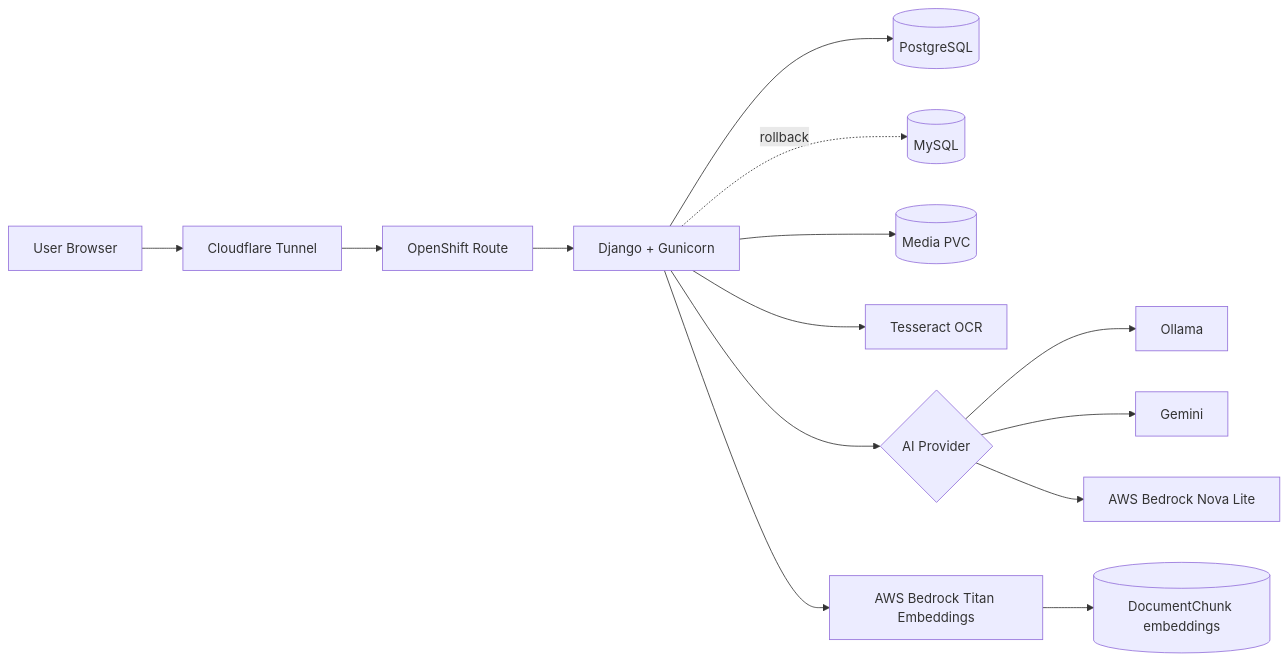
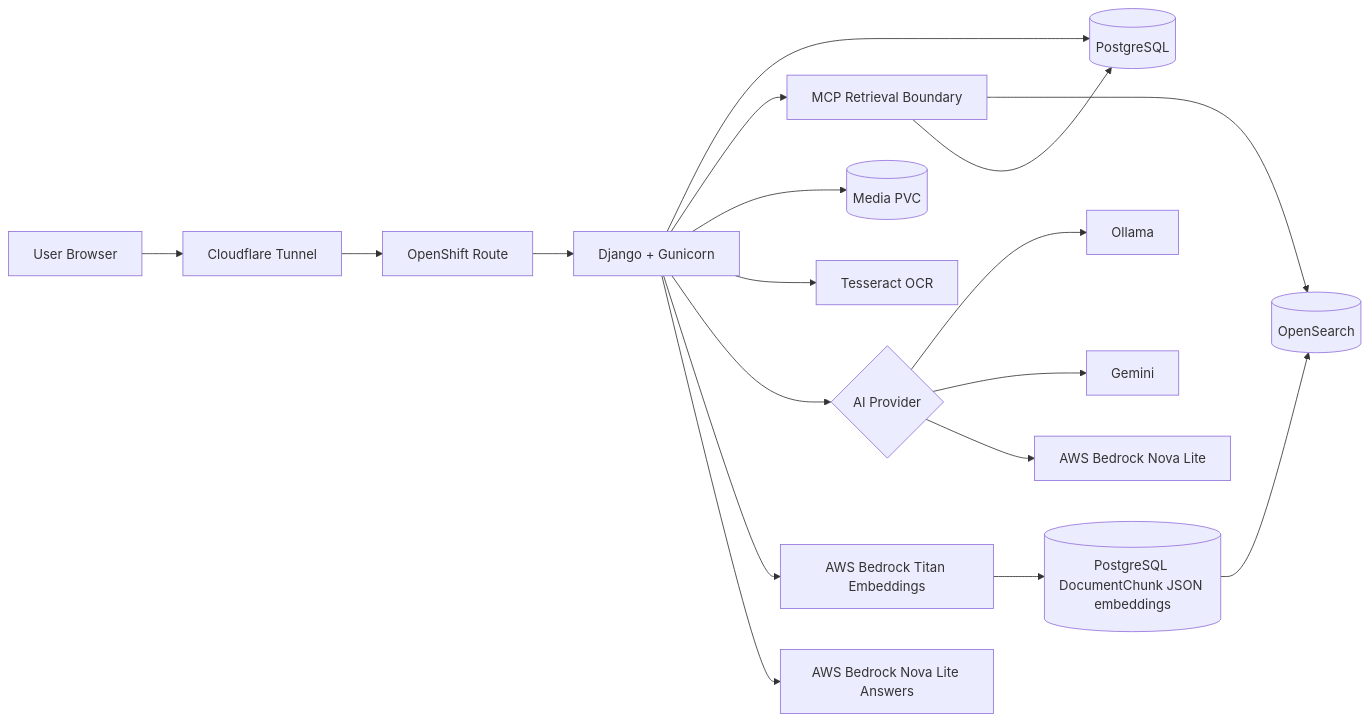
One commit to khaliqueaws-creator/document-management changed the diagram in README.md. Above: the diagram before and after it, drawn with Mermaid. The commit also changed other lines of this file and 70 other files, not shown here.

First line of the commit message:
Add MCP retrieval observability

````diff
--- a/README.md
+++ b/README.md
@@ -23,20 +24,24 @@
 ```mermaid
 flowchart LR
     Browser[User Browser] --> Cloudflare[Cloudflare Tunnel]
     Cloudflare --> OpenShift[OpenShift Route]
     OpenShift --> Django[Django + Gunicorn]
 
     Django --> PostgreSQL[(PostgreSQL)]
-    Django -. rollback .-> MySQL[(MySQL)]
+    Django --> MCP[MCP Retrieval Boundary]
+    MCP --> OpenSearch[(OpenSearch)]
+    MCP --> PostgreSQL
     Django --> Storage[(Media PVC)]
 
     Django --> OCR[Tesseract OCR]
 
     Django --> AI{AI Provider}
     AI --> Ollama[Ollama]
     AI --> Gemini[Gemini]
     AI --> Bedrock[AWS Bedrock Nova Lite]
 
     Django --> Embeddings[AWS Bedrock Titan Embeddings]
-    Embeddings --> Chunks[(DocumentChunk embeddings)]
+    Embeddings --> Chunks[(PostgreSQL DocumentChunk JSON embeddings)]
+    Chunks --> OpenSearch
+    Django --> BedrockAnswer[AWS Bedrock Nova Lite Answers]
 ```
````
